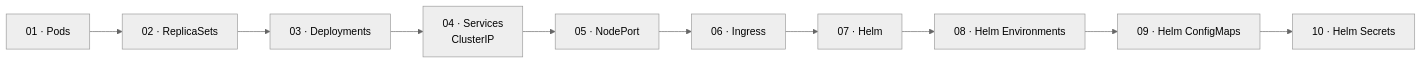
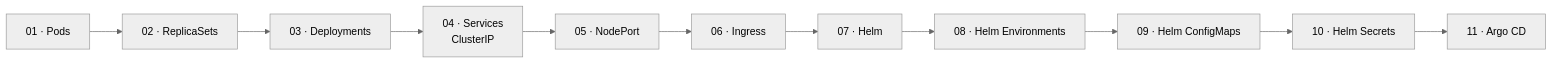
One commit to amerinoo/kubernetes-from-zero changed the diagram in README.md. Above: the diagram before and after it, drawn with Mermaid (neutral theme). The commit also changed other lines of this file and 2 other files, not shown here.

Commit message:
Add Argo CD GitOps class

````diff
--- a/README.md
+++ b/README.md
@@ -7,12 +7,13 @@
 ```mermaid
 graph LR
     P["01 · Pods"] --> RS["02 · ReplicaSets"]
     RS --> D["03 · Deployments"]
     D --> SVC["04 · Services\nClusterIP"]
     SVC --> NP["05 · NodePort"]
     NP --> ING["06 · Ingress"]
     ING --> H["07 · Helm"]
     H --> ENV["08 · Helm Environments"]
     ENV --> CM["09 · Helm ConfigMaps"]
     CM --> SEC["10 · Helm Secrets"]
+    SEC --> ARGO["11 · Argo CD"]
 ```
````
